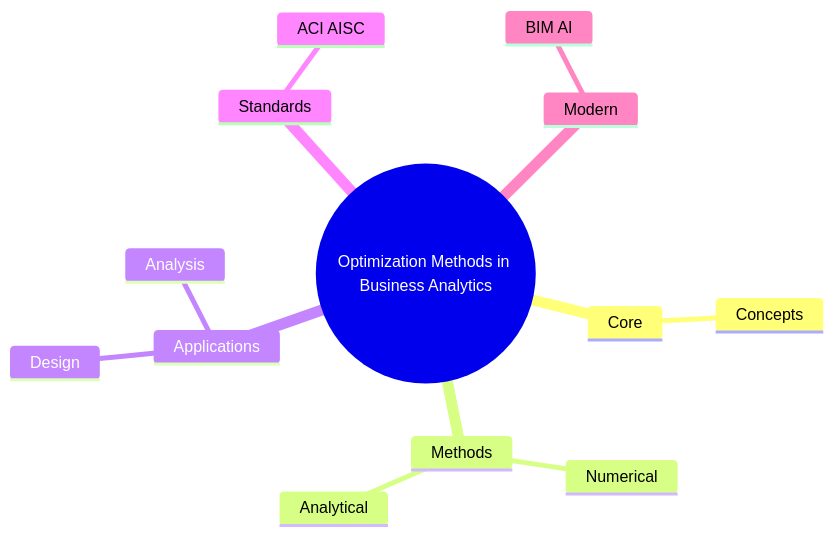
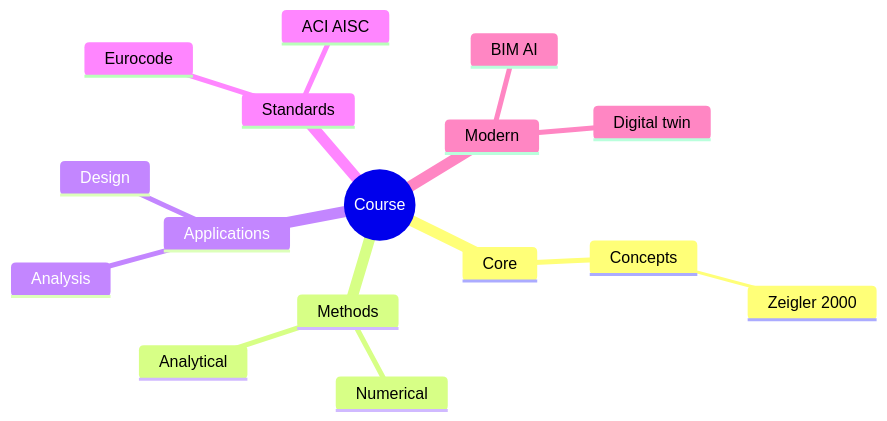
One commit to yip-lgtm/civil-bootcamp changed the second of 6 diagrams in MIT_CEE_Core/Track_3_Energy_Transportation_Societal_Systems/Transportation_Urban_Systems/06_15.053_Optimization_Methods_in_Business_Analytics.md. Above: the diagram before and after it, drawn with Mermaid. The commit also changed other lines of this file and 56 other files, not shown here.

````diff
--- a/MIT_CEE_Core/Track_3_Energy_Transportation_Societal_Systems/Transportation_Urban_Systems/06_15.053_Optimization_Methods_in_Business_Analytics.md
+++ b/MIT_CEE_Core/Track_3_Energy_Transportation_Societal_Systems/Transportation_Urban_Systems/06_15.053_Optimization_Methods_in_Business_Analytics.md
@@ -261,16 +441,19 @@
 ```mermaid
 mindmap
-    root((Optimization Methods in Business Analytics))
-      Core
-        Concepts
-      Methods
-        Analytical
-        Numerical
-      Applications
-        Design
-        Analysis
-      Standards
-        ACI AISC
-      Modern
-        BIM AI
+  root((Course))
+    Core
+      Concepts
+        Zeigler 2000
+    Methods
+      Analytical
+      Numerical
+    Applications
+      Design
+      Analysis
+    Standards
+      ACI AISC
+      Eurocode
+    Modern
+      BIM AI
+      Digital twin
 ```
````
